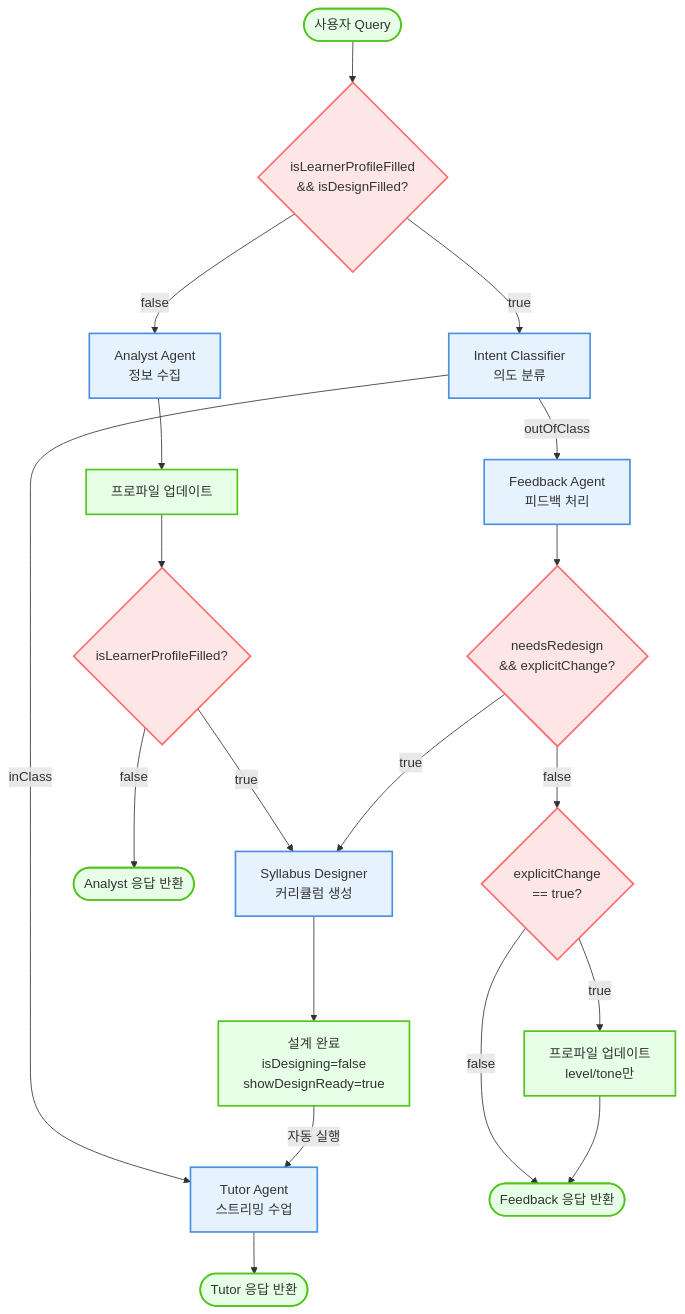
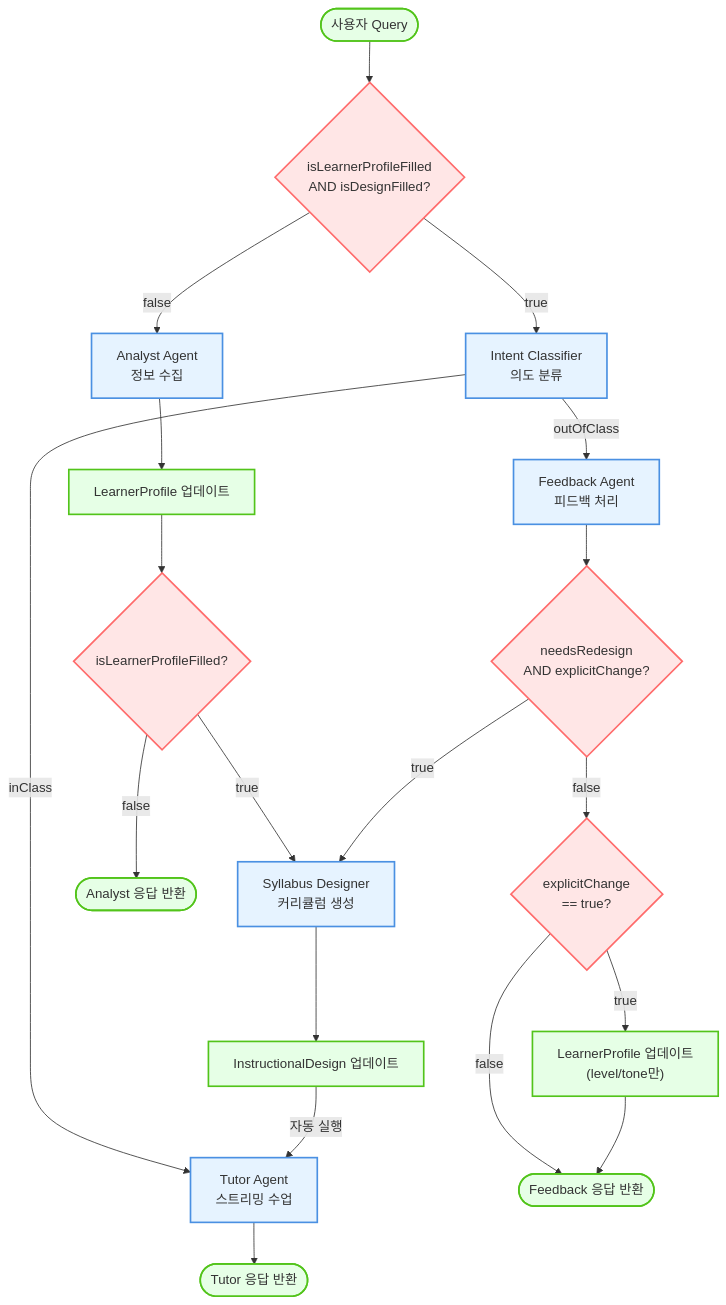
One commit to baekdusan/research-addie-chatbot changed the first of 4 diagrams in flowchart.md. Above: the diagram before and after it, drawn with Mermaid. The commit also changed other lines of this file and 4 other files, not shown here.

Commit message:
v2 flowchart 그리기 + 관련 조건 플래그 이름 변경

````diff
--- a/flowchart.md
+++ b/flowchart.md
@@ -7,38 +7,38 @@
 ```mermaid
 flowchart TD
-    Start([사용자 Query]) --> ReadyCheck{isLearnerProfileFilled<br/>&& isDesignFilled?}
+    Start([사용자 Query]) --> ReadyCheck{isLearnerProfileFilled<br/>AND isDesignFilled?}
 
     %% 준비 안됨 경로
     ReadyCheck -->|false| Analyst[Analyst Agent<br/>정보 수집]
-    Analyst --> ProfileUpdate[프로파일 업데이트]
+    Analyst --> ProfileUpdate[LearnerProfile 업데이트]
     ProfileUpdate --> MandatoryCheck{isLearnerProfileFilled?}
     MandatoryCheck -->|true| DesignStart[Syllabus Designer<br/>커리큘럼 생성]
     MandatoryCheck -->|false| Response1([Analyst 응답 반환])
 
     %% 준비됨 경로
     ReadyCheck -->|true| IntentClassifier[Intent Classifier<br/>의도 분류]
 
     IntentClassifier -->|inClass| Tutor[Tutor Agent<br/>스트리밍 수업]
     Tutor --> Response2([Tutor 응답 반환])
 
     IntentClassifier -->|outOfClass| Feedback[Feedback Agent<br/>피드백 처리]
-    Feedback --> RedesignCheck{needsRedesign<br/>&& explicitChange?}
+    Feedback --> RedesignCheck{needsRedesign<br/>AND explicitChange?}
     RedesignCheck -->|true| DesignStart
     RedesignCheck -->|false| ExplicitCheck{explicitChange<br/>== true?}
-    ExplicitCheck -->|true| ProfileUpdate2[프로파일 업데이트<br/>level/tone만]
+    ExplicitCheck -->|true| ProfileUpdate2["LearnerProfile 업데이트<br/>(level/tone만)"]
     ExplicitCheck -->|false| Response3([Feedback 응답 반환])
     ProfileUpdate2 --> Response3
 
     %% 설계 완료 후 자동 수업 시작
-    DesignStart --> DesignComplete[설계 완료<br/>isDesigning=false<br/>showDesignReady=true]
+    DesignStart --> DesignComplete[InstructionalDesign 업데이트]
     DesignComplete -->|자동 실행| Tutor
 
     %% 스타일링
     classDef decisionStyle fill:#FFE6E6,stroke:#FF6B6B,stroke-width:2px
     classDef processStyle fill:#E6F3FF,stroke:#4A90E2,stroke-width:2px
     classDef stateStyle fill:#E6FFE6,stroke:#52C41A,stroke-width:2px
 
     class ReadyCheck,MandatoryCheck,RedesignCheck,ExplicitCheck decisionStyle
     class Analyst,IntentClassifier,Tutor,Feedback,DesignStart processStyle
     class Start,Response1,Response2,Response3,ProfileUpdate,ProfileUpdate2,DesignComplete stateStyle
 ```
````
